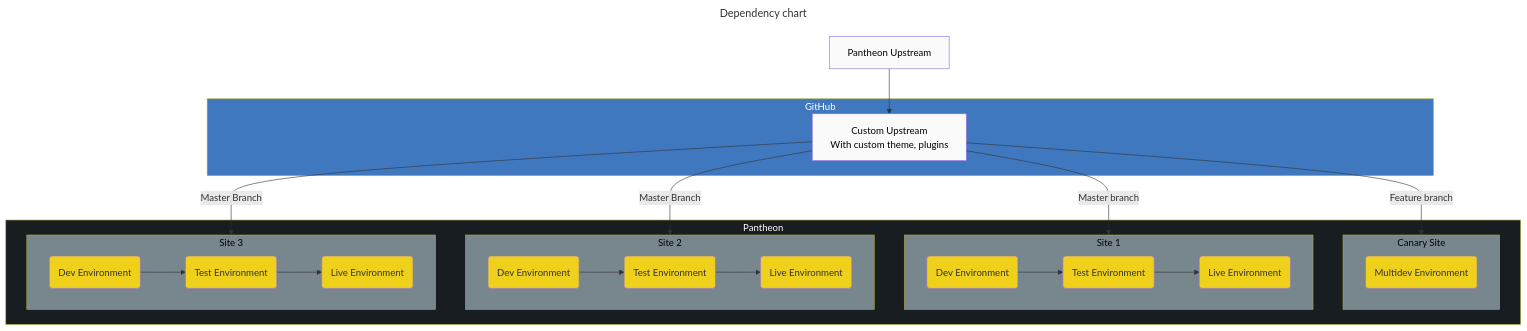
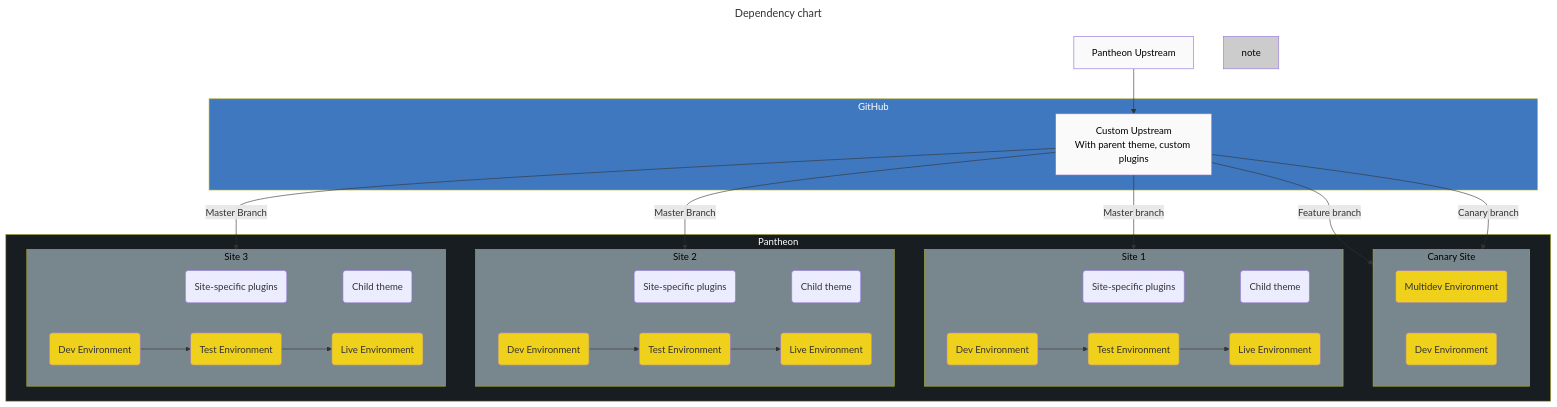
Before and after one commit to pantheon-systems/webops-architecture: the first of 8 diagrams in WordPress/Custom-Upstream.md, drawn with Mermaid. The commit also changed other lines of this file, not shown here.

Commit message:
Clarify custom upstream diagrams

````diff
--- a/WordPress/Custom-Upstream.md
+++ b/WordPress/Custom-Upstream.md
@@ -27,68 +27,81 @@
 ```mermaid
 ---
 title: Dependency chart
 ---
 graph
     UpstreamPantheon["Pantheon Upstream"]:::repo
 
     subgraph github [GitHub]
-        UpstreamCustom["Custom Upstream\nWith custom theme, plugins"]:::repo
+        UpstreamCustom["Custom Upstream\nWith parent theme, custom plugins"]:::repo
     end
 
     subgraph pantheon [Pantheon]
         subgraph site0 [Canary Site]
             direction LR
-            EnvDev0(Multidev Environment):::env
+            EnvMD0(Multidev Environment):::env
+            EnvDev0(Dev Environment):::env
         end
 
         subgraph site1 [Site 1]
             direction LR
+            SitePlugins1(Site-specific plugins):::note
+            SiteTheme1(Child theme):::note
             EnvDev1(Dev Environment):::env
             EnvTest1(Test Environment):::env
             EnvLive1(Live Environment):::env
         end
 
         subgraph site2 [Site 2]
             direction LR
+            SitePlugins2(Site-specific plugins):::note
+            SiteTheme2(Child theme):::note
             EnvDev2(Dev Environment):::env
             EnvTest2(Test Environment):::env
             EnvLive2(Live Environment):::env
         end
 
         subgraph site3 [Site 3]
             direction LR
+            SitePlugins3(Site-specific plugins):::note
+            SiteTheme3(Child theme):::note
             EnvDev3(Dev Environment):::env
             EnvTest3(Test Environment):::env
             EnvLive3(Live Environment):::env
         end
     end
 
     %% Links
     
     UpstreamPantheon --> UpstreamCustom
 
-    UpstreamCustom -- Feature branch --> EnvDev0
+    UpstreamCustom -- Feature branch --> EnvMD0
+    UpstreamCustom -- Canary branch --> EnvDev0
     UpstreamCustom -- Master branch --> EnvDev1
     UpstreamCustom -- Master Branch --> EnvDev2
     UpstreamCustom -- Master Branch --> EnvDev3
+
+    SitePlugins1 ~~~ SiteTheme1
+    SitePlugins2 ~~~ SiteTheme2
+    SitePlugins3 ~~~ SiteTheme3
 
     EnvDev1 --> EnvTest1
     EnvTest1 --> EnvLive1
 
     EnvDev2 --> EnvTest2
     EnvTest2 --> EnvLive2
 
     EnvDev3 --> EnvTest3
     EnvTest3 --> EnvLive3
 
     %% Styles
     style github fill:#4078c0,color:#FFF
     style pantheon fill:#181D21,color:#FFF
+    style note fill:#CCC,color:#000
     style site0 fill:#78868E,color:#000
     style site1 fill:#78868E,color:#000
     style site2 fill:#78868E,color:#000
     style site3 fill:#78868E,color:#000
     classDef env fill:#EFD01B
     classDef repo fill:#fafafa,color:#000
 
 ```
````
